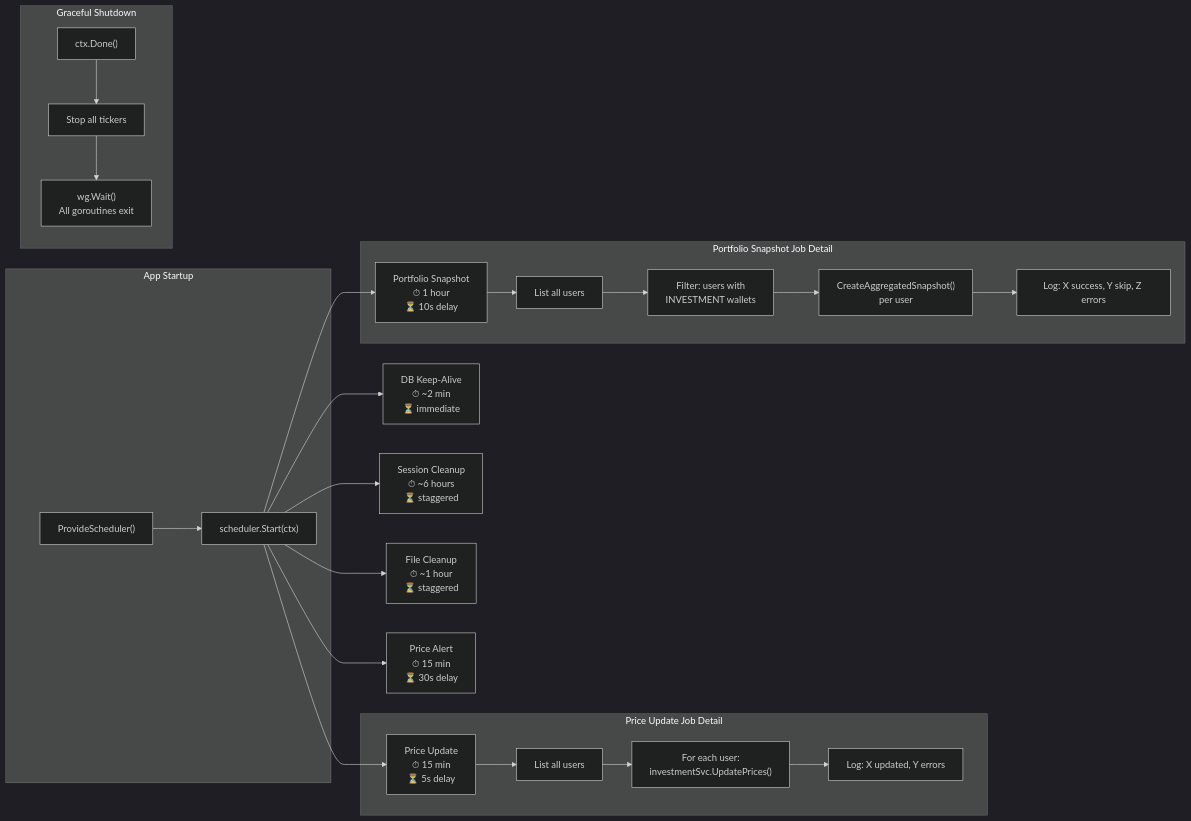
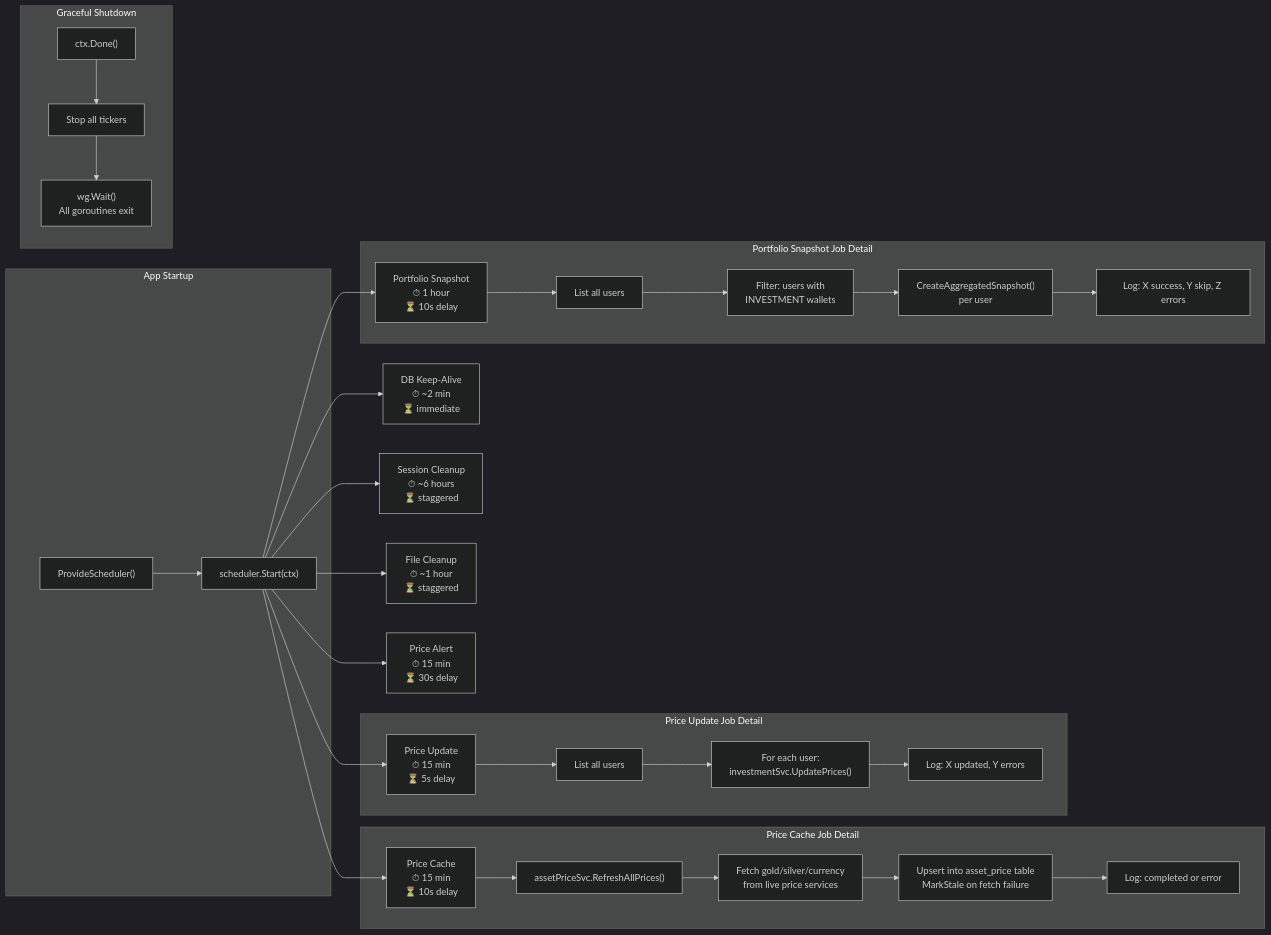
One commit to khanhnq1406/wealth-journey changed the third of 16 diagrams in docs/architecture/flow-cross-cutting.md. Above: the diagram before and after it, drawn with Mermaid (dark theme). The commit also changed other lines of this file and 1 other file, not shown here.

First line of the commit message:
docs(architecture): update runtime flow diagrams for price cache background job

````diff
--- a/docs/architecture/flow-cross-cutting.md
+++ b/docs/architecture/flow-cross-cutting.md
@@ -151,32 +152,40 @@
 ```mermaid
 flowchart LR
     subgraph Startup["App Startup"]
         S["ProvideScheduler()"]
         S --> Start["scheduler.Start(ctx)"]
     end
 
     Start --> KA["DB Keep-Alive\n⏱ ~2 min\n⏳ immediate"]
     Start --> PU["Price Update\n⏱ 15 min\n⏳ 5s delay"]
+    Start --> PC["Price Cache\n⏱ 15 min\n⏳ 10s delay"]
     Start --> PS["Portfolio Snapshot\n⏱ 1 hour\n⏳ 10s delay"]
     Start --> SC["Session Cleanup\n⏱ ~6 hours\n⏳ staggered"]
     Start --> FC["File Cleanup\n⏱ ~1 hour\n⏳ staggered"]
     Start --> PA["Price Alert\n⏱ 15 min\n⏳ 30s delay"]
 
     subgraph PriceUpdate["Price Update Job Detail"]
         PU --> PU1["List all users"]
         PU1 --> PU2["For each user:\ninvestmentSvc.UpdatePrices()"]
         PU2 --> PU3["Log: X updated, Y errors"]
+    end
+
+    subgraph PriceCache["Price Cache Job Detail"]
+        PC --> PC1["assetPriceSvc.RefreshAllPrices()"]
+        PC1 --> PC2["Fetch gold/silver/currency\nfrom live price services"]
+        PC2 --> PC3["Upsert into asset_price table\nMarkStale on fetch failure"]
+        PC3 --> PC4["Log: completed or error"]
     end
 
     subgraph PortfolioSnapshot["Portfolio Snapshot Job Detail"]
         PS --> PS1["List all users"]
         PS1 --> PS2["Filter: users with\nINVESTMENT wallets"]
         PS2 --> PS3["CreateAggregatedSnapshot()\nper user"]
         PS3 --> PS4["Log: X success, Y skip, Z errors"]
     end
 
     subgraph Shutdown["Graceful Shutdown"]
         CTX["ctx.Done()"] --> STOP["Stop all tickers"]
         STOP --> WAIT["wg.Wait()\nAll goroutines exit"]
     end
 ```
````
